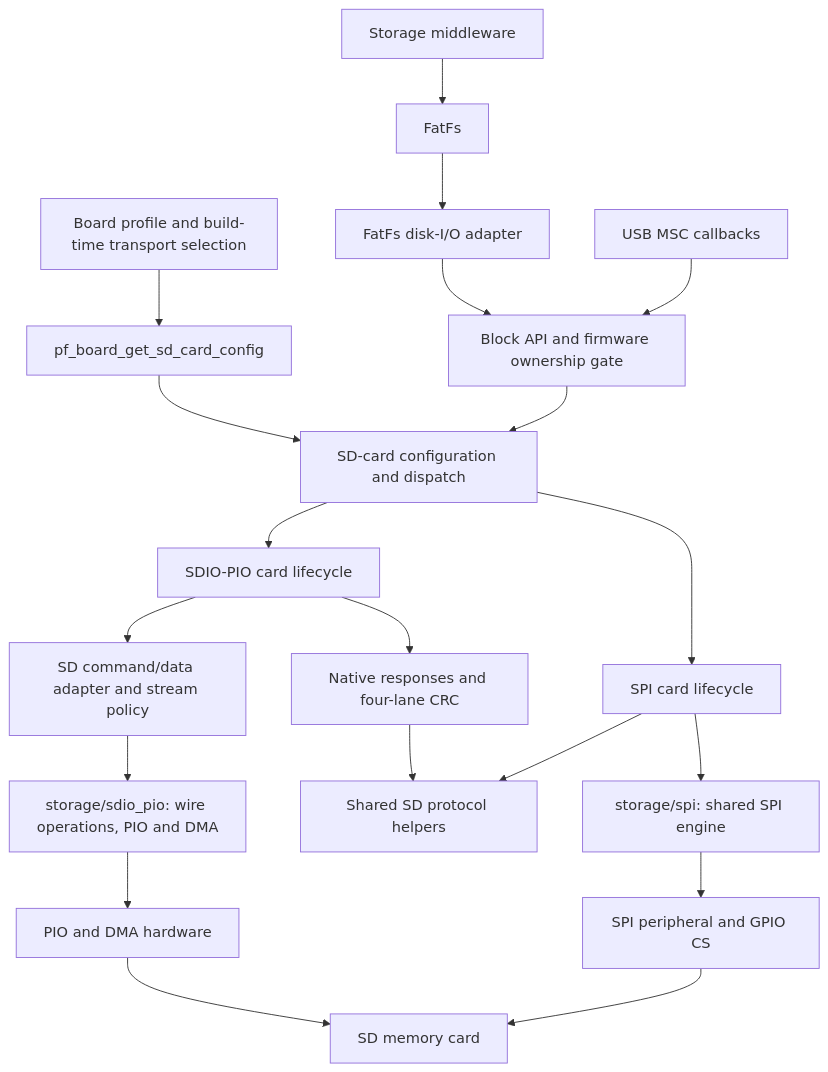
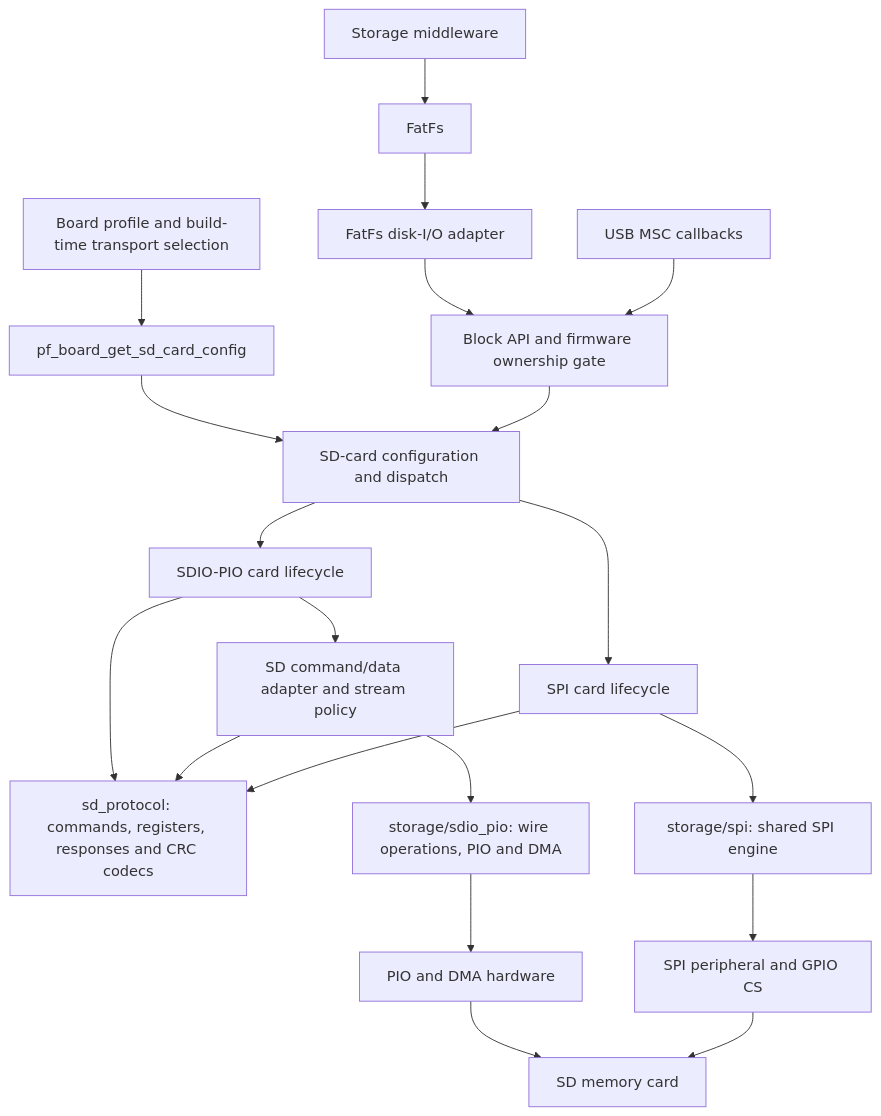
Before and after one commit to djwinter29-oss/PicoForge: the first of 5 diagrams in docs/sdcard-design.md, drawn with Mermaid. The commit also changed other lines of this file and 38 other files, not shown here.

````diff
--- a/docs/sdcard-design.md
+++ b/docs/sdcard-design.md
@@ -69,22 +73,22 @@
 ```mermaid
 flowchart TD
     Board[Board profile and build-time transport selection] --> Config[pf_board_get_sd_card_config]
     Config --> Card[SD-card configuration and dispatch]
     Storage[Storage middleware] --> FatFs[FatFs]
     FatFs --> Disk[FatFs disk-I/O adapter]
     Disk --> Gate[Block API and firmware ownership gate]
     MSC[USB MSC callbacks] --> Gate
     Gate --> Card
     Card --> Native[SDIO-PIO card lifecycle]
     Card --> SPI[SPI card lifecycle]
     Native --> Host[SD command/data adapter and stream policy]
-    Native --> NativeProtocol[Native responses and four-lane CRC]
-    NativeProtocol --> Shared[Shared SD protocol helpers]
+    Native --> Shared[sd_protocol: commands, registers, responses and CRC codecs]
+    Host --> Shared
     SPI --> Shared
     Host --> NativeBus[storage/sdio_pio: wire operations, PIO and DMA]
     NativeBus --> PIO[PIO and DMA hardware]
     SPI --> SerialBus[storage/spi: shared SPI engine]
     SerialBus --> Peripheral[SPI peripheral and GPIO CS]
     PIO --> Media[SD memory card]
     Peripheral --> Media
 ```
````
